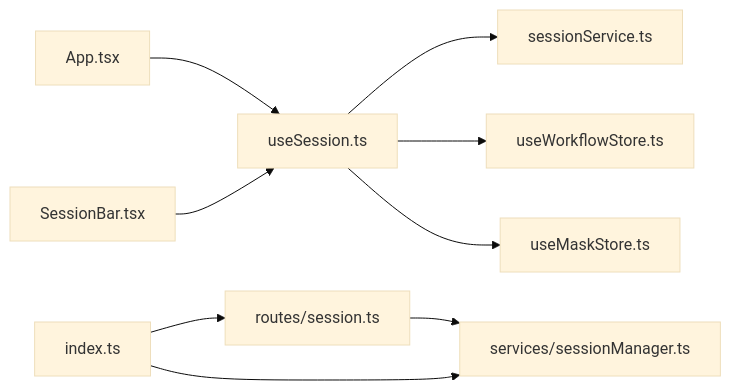
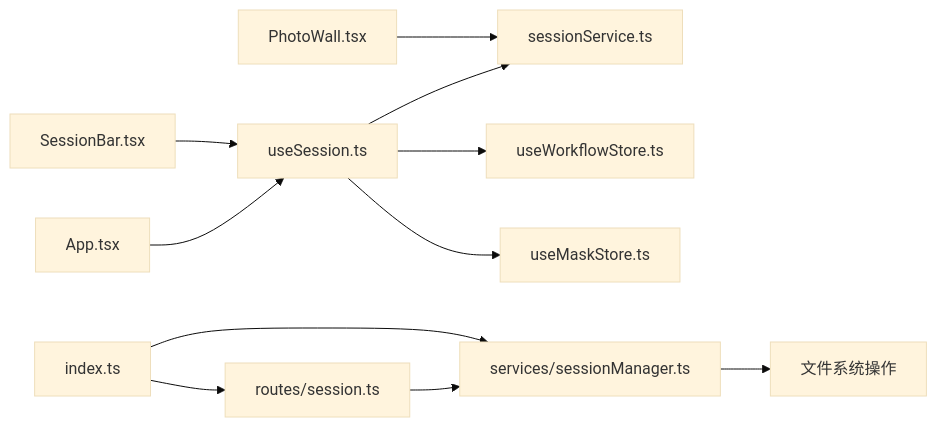
The fifth of 5 diagrams in .qoder/repowiki/zh/content/后端服务/会话管理服务.md (billye220670/CorineKit_Pix2Real), drawn with Mermaid (base theme) before and after one commit. The commit also changed other lines of this file and 11 other files, not shown here.

````diff
--- a/.qoder/repowiki/zh/content/后端服务/会话管理服务.md
+++ b/.qoder/repowiki/zh/content/后端服务/会话管理服务.md
@@ -275,11 +355,13 @@
 ```mermaid
 graph LR
 US["useSession.ts"] --> SS["sessionService.ts"]
 US --> WS["useWorkflowStore.ts"]
 US --> MS["useMaskStore.ts"]
 APP["App.tsx"] --> US
 SB["SessionBar.tsx"] --> US
+PW["PhotoWall.tsx"] --> SS
 SR["routes/session.ts"] --> SM["services/sessionManager.ts"]
+SM --> FS["文件系统操作"]
 IDX["index.ts"] --> SR
 IDX --> SM
 ```
````
